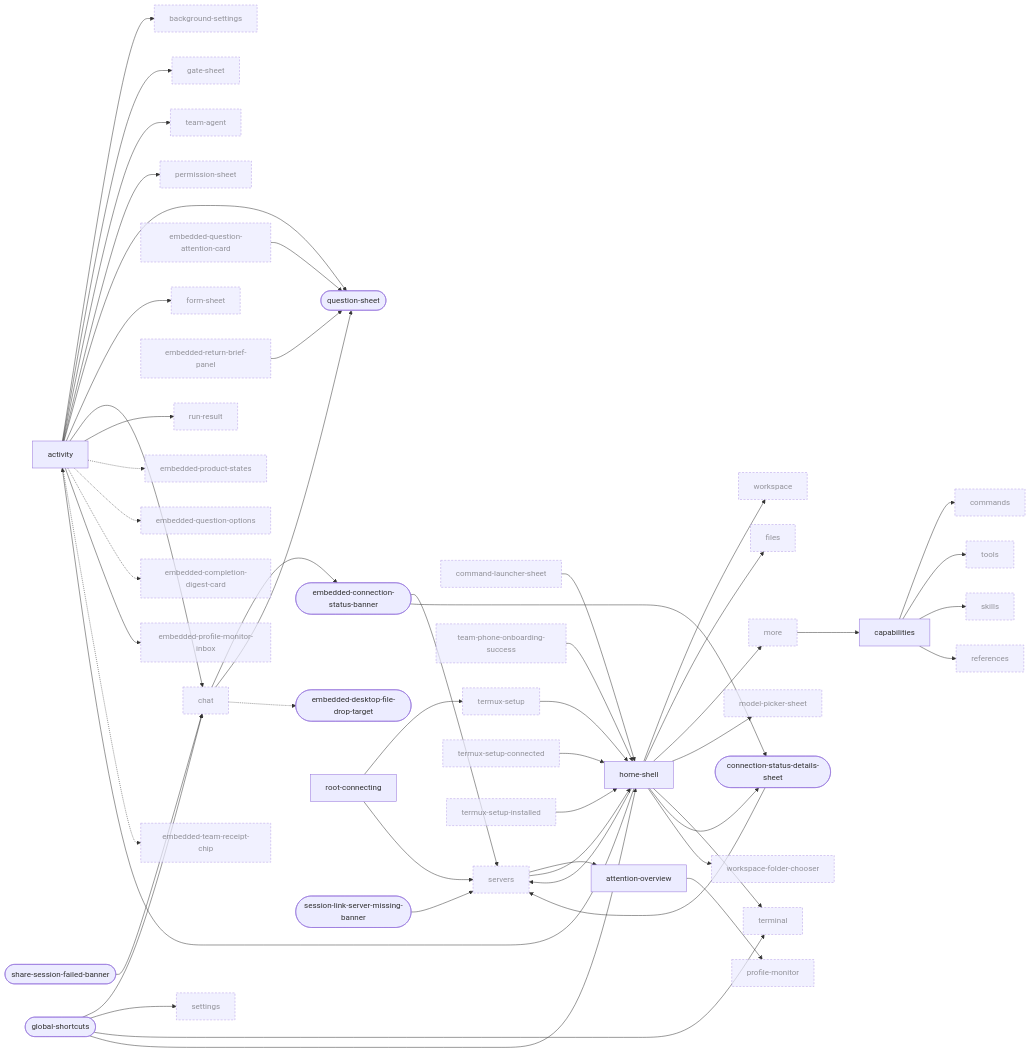
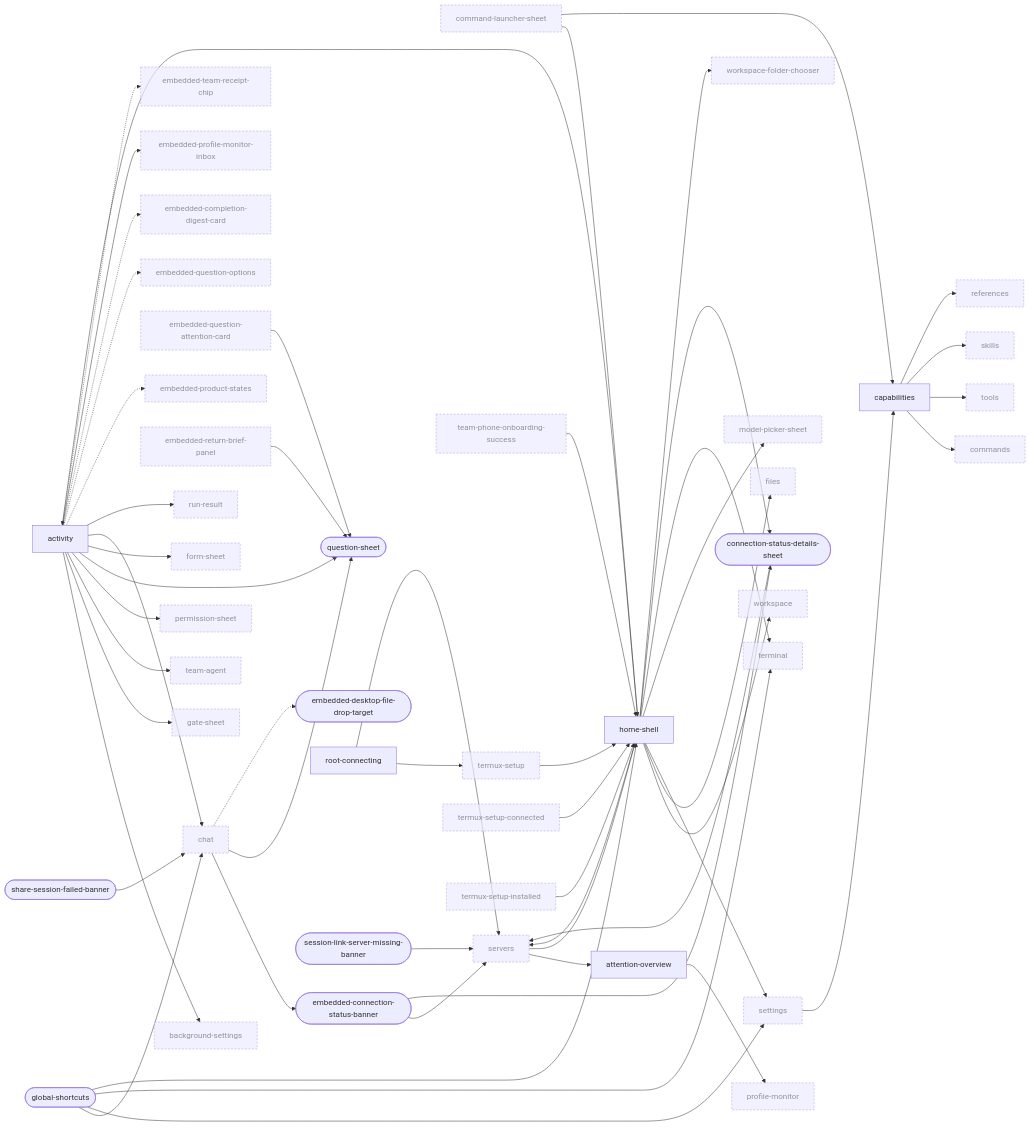
Before and after one commit to Breskott/opencode-mobile-next: the first of 10 diagrams in docs/design/ui-ledger/navigation.md, drawn with Mermaid. The commit also changed other lines of this file and 17 other files, not shown here.

```diff
--- a/docs/design/ui-ledger/navigation.md
+++ b/docs/design/ui-ledger/navigation.md
@@ -43,7 +43,6 @@
   global_shortcuts(["global-shortcuts"])
   home_shell["home-shell"]
   model_picker_sheet["model-picker-sheet"]:::ext
-  more["more"]:::ext
   permission_sheet["permission-sheet"]:::ext
   profile_monitor["profile-monitor"]:::ext
   question_sheet(["question-sheet"])
@@ -69,7 +68,7 @@
   home_shell --> workspace
   home_shell --> files
   home_shell --> activity
-  home_shell --> more
+  home_shell --> settings
   home_shell --> model_picker_sheet
   home_shell --> servers
   home_shell --> terminal
@@ -99,13 +98,14 @@
   chat --> embedded_connection_status_banner
   chat --> question_sheet
   command_launcher_sheet --> home_shell
+  command_launcher_sheet --> capabilities
   embedded_question_attention_card --> question_sheet
   servers --> attention_overview
   servers --> home_shell
   termux_setup_connected --> home_shell
   termux_setup_installed --> home_shell
   team_phone_onboarding_success --> home_shell
-  more --> capabilities
+  settings --> capabilities
   home_shell --> workspace_folder_chooser
   termux_setup --> home_shell
   embedded_return_brief_panel --> question_sheet
```
